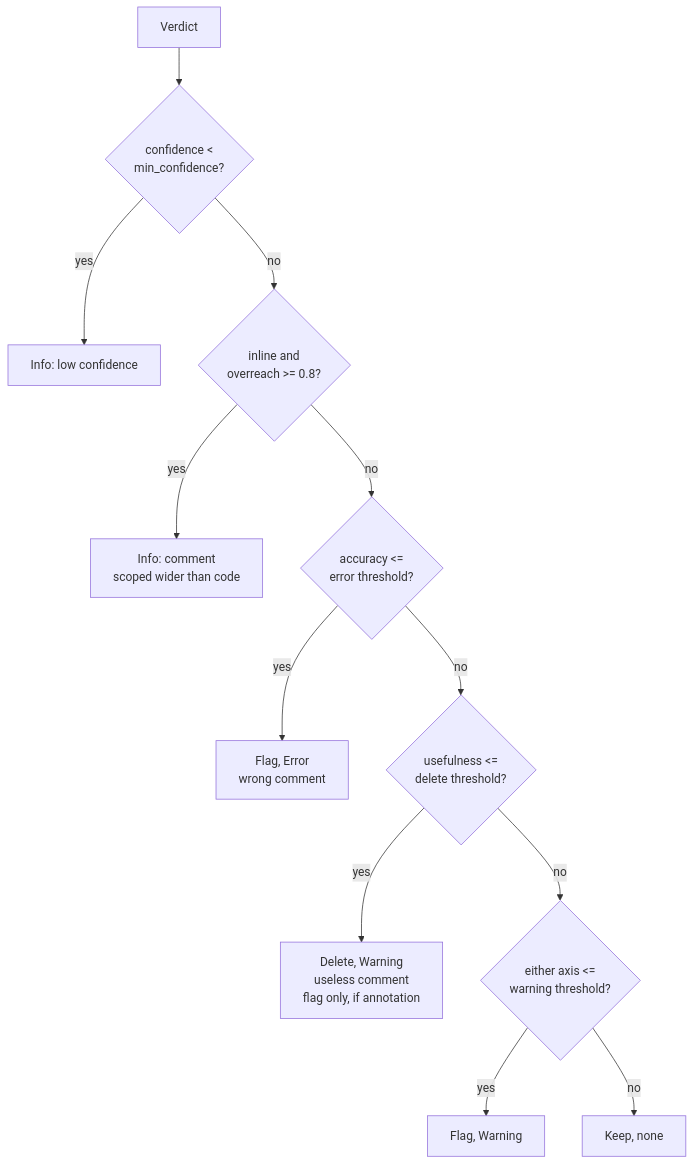
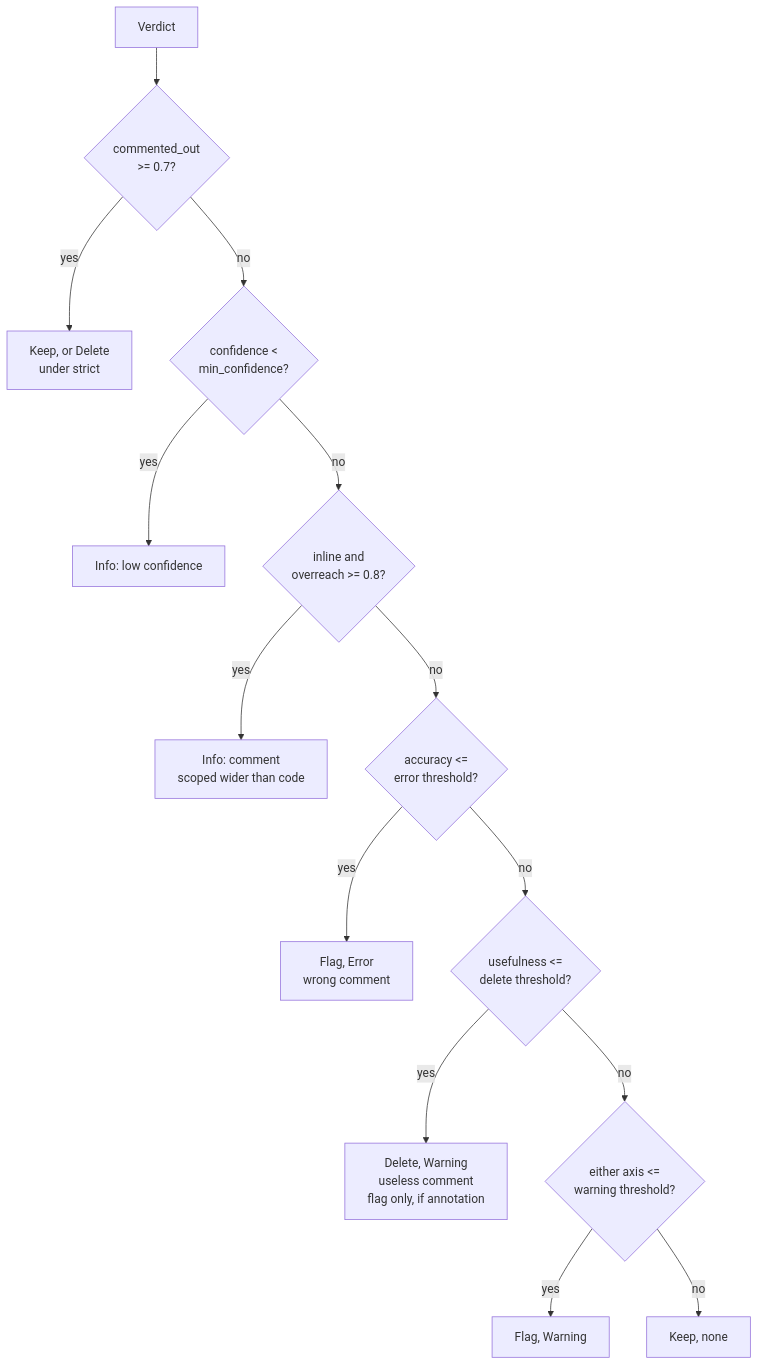
Before and after one commit to SergeAx/scrutus: the second of 2 diagrams in docs/design_spec.0.1.md, drawn with Mermaid. The commit also changed other lines of this file and 12 other files, not shown here.

First line of the commit message:
feat(classify): ignore commented-out code, or delete it

````diff
--- a/docs/design_spec.0.1.md
+++ b/docs/design_spec.0.1.md
@@ -383,14 +384,16 @@
 ```mermaid
 flowchart TD
-  V[Verdict] --> C{confidence <<br/>min_confidence?}
+  V[Verdict] --> X{commented_out<br/>>= 0.7?}
+  X -- yes --> XD[Keep, or Delete<br/>under strict]
+  X -- no --> C{confidence <<br/>min_confidence?}
   C -- yes --> I[Info: low confidence]
   C -- no --> O{inline and<br/>overreach >= 0.8?}
   O -- yes --> OI[Info: comment<br/>scoped wider than code]
   O -- no --> A{accuracy <=<br/>error threshold?}
   A -- yes --> E[Flag, Error<br/>wrong comment]
   A -- no --> U{usefulness <=<br/>delete threshold?}
   U -- yes --> D[Delete, Warning<br/>useless comment<br/>flag only, if annotation]
   U -- no --> W{either axis <=<br/>warning threshold?}
   W -- yes --> WW[Flag, Warning]
   W -- no --> K[Keep, none]
 ```
````
